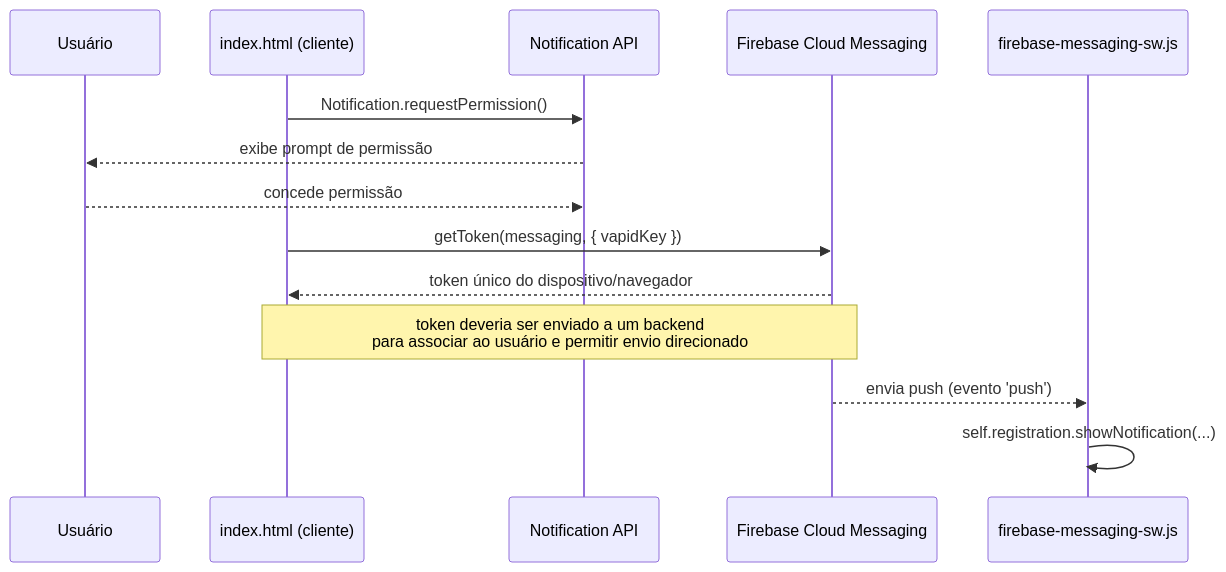
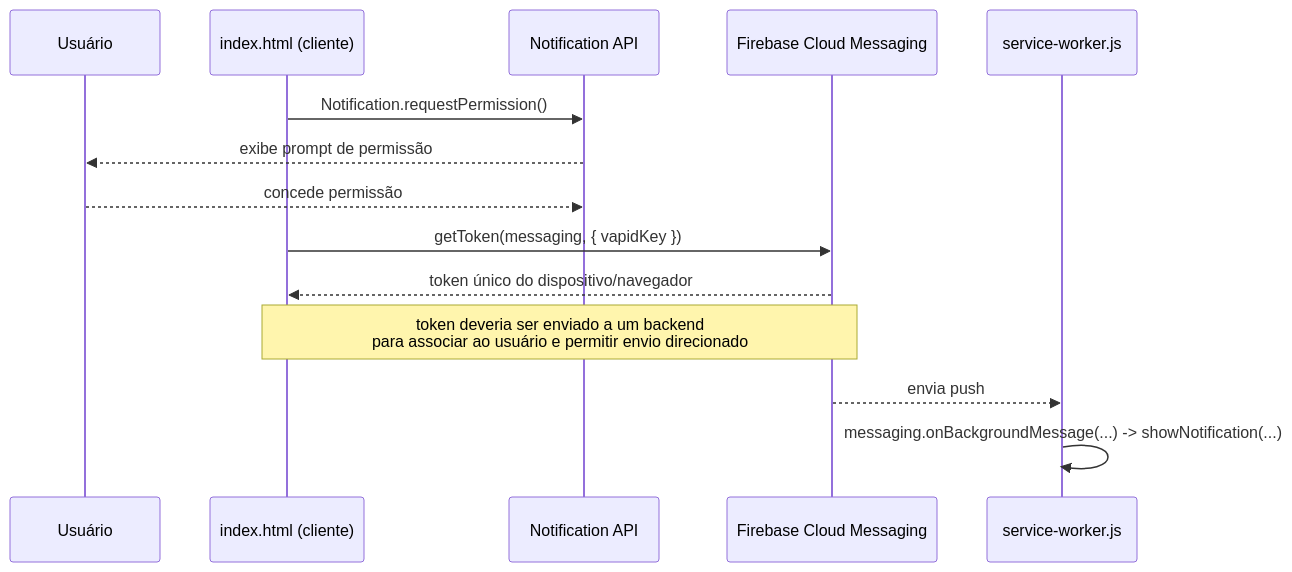
Before and after one commit to sandroaf/dwtsp: the third of 3 diagrams in docs/aula-pwa-firebase-push.md, drawn with Mermaid. The commit also changed other lines of this file and 3 other files, not shown here.

````diff
--- a/docs/aula-pwa-firebase-push.md
+++ b/docs/aula-pwa-firebase-push.md
@@ -169,17 +169,17 @@
 ```mermaid
 sequenceDiagram
     participant U as Usuário
     participant App as index.html (cliente)
     participant Nav as Notification API
     participant FCM as Firebase Cloud Messaging
-    participant SW as firebase-messaging-sw.js
+    participant SW as service-worker.js
 
     App->>Nav: Notification.requestPermission()
     Nav-->>U: exibe prompt de permissão
     U-->>Nav: concede permissão
     App->>FCM: getToken(messaging, { vapidKey })
     FCM-->>App: token único do dispositivo/navegador
     Note over App,FCM: token deveria ser enviado a um backend<br/>para associar ao usuário e permitir envio direcionado
-    FCM-->>SW: envia push (evento 'push')
-    SW->>SW: self.registration.showNotification(...)
+    FCM-->>SW: envia push
+    SW->>SW: messaging.onBackgroundMessage(...) -> showNotification(...)
 ```
````
